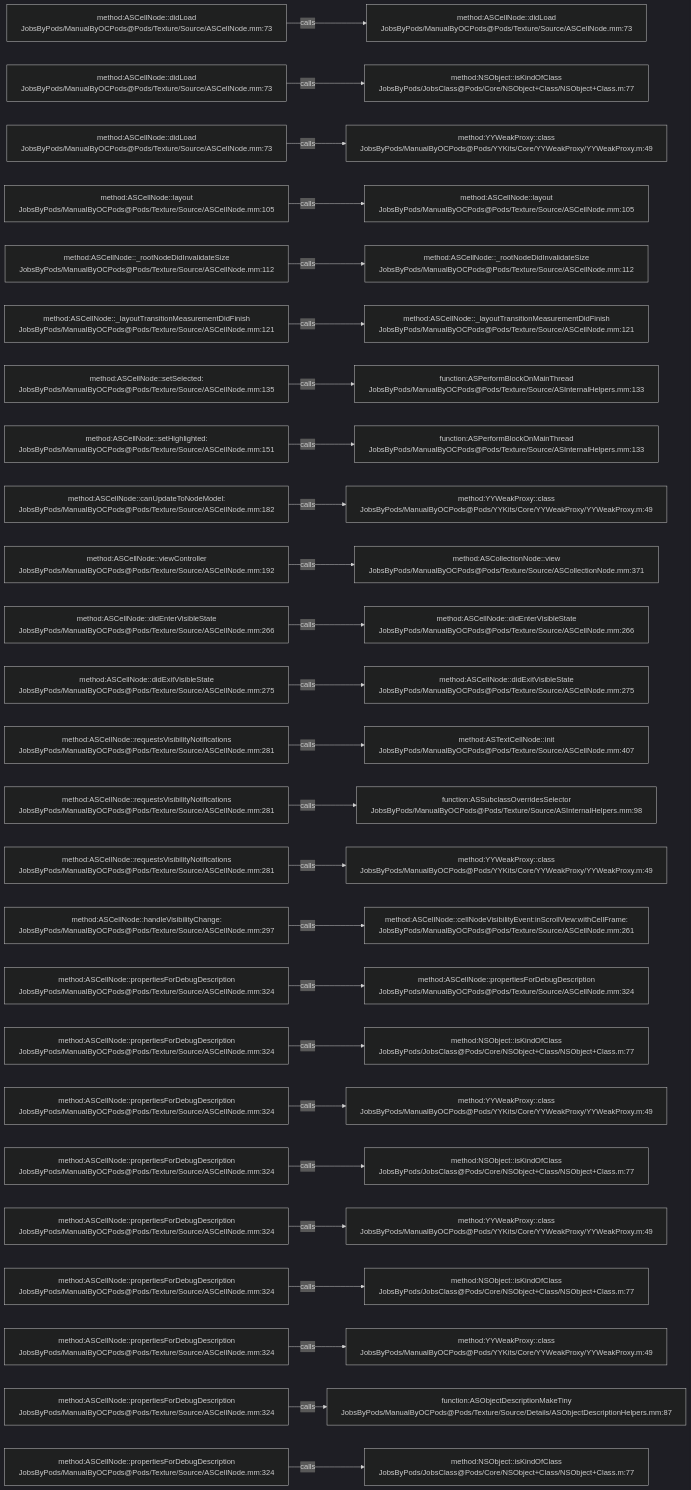
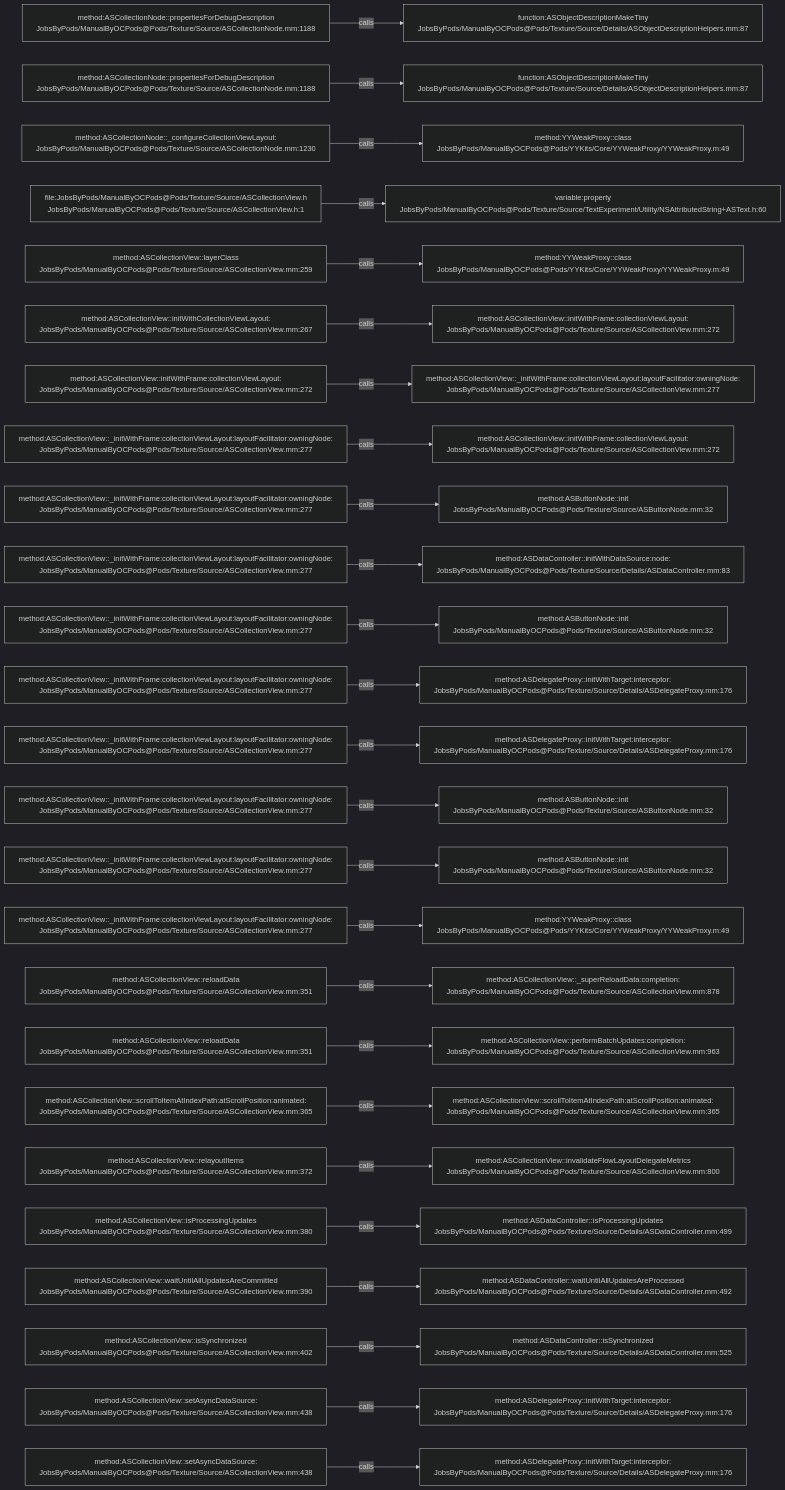
The diagram in .codegraph/codegraph.md/graphs/calls-065.md (JobsKits/JobsOCBaseConfigDemo), drawn with Mermaid (dark theme) before and after one commit. The commit also changed 2723 other files, not shown here.

````diff
--- a/.codegraph/codegraph.md/graphs/calls-065.md
+++ b/.codegraph/codegraph.md/graphs/calls-065.md
@@ -13,78 +13,78 @@
 ```mermaid
 flowchart LR
-  S1["method:ASCellNode::didLoad<br/>JobsByPods/ManualByOCPods@Pods/Texture/Source/ASCellNode.mm:73"]
-  T1["method:ASCellNode::didLoad<br/>JobsByPods/ManualByOCPods@Pods/Texture/Source/ASCellNode.mm:73"]
+  S1["method:ASCollectionNode::propertiesForDebugDescription<br/>JobsByPods/ManualByOCPods@Pods/Texture/Source/ASCollectionNode.mm:1188"]
+  T1["function:ASObjectDescriptionMakeTiny<br/>JobsByPods/ManualByOCPods@Pods/Texture/Source/Details/ASObjectDescriptionHelpers.mm:87"]
   S1 -->|calls| T1
-  S2["method:ASCellNode::didLoad<br/>JobsByPods/ManualByOCPods@Pods/Texture/Source/ASCellNode.mm:73"]
-  T2["method:NSObject::isKindOfClass<br/>JobsByPods/JobsClass@Pods/Core/NSObject+Class/NSObject+Class.m:77"]
+  S2["method:ASCollectionNode::propertiesForDebugDescription<br/>JobsByPods/ManualByOCPods@Pods/Texture/Source/ASCollectionNode.mm:1188"]
+  T2["function:ASObjectDescriptionMakeTiny<br/>JobsByPods/ManualByOCPods@Pods/Texture/Source/Details/ASObjectDescriptionHelpers.mm:87"]
   S2 -->|calls| T2
-  S3["method:ASCellNode::didLoad<br/>JobsByPods/ManualByOCPods@Pods/Texture/Source/ASCellNode.mm:73"]
+  S3["method:ASCollectionNode::_configureCollectionViewLayout:<br/>JobsByPods/ManualByOCPods@Pods/Texture/Source/ASCollectionNode.mm:1230"]
   T3["method:YYWeakProxy::class<br/>JobsByPods/ManualByOCPods@Pods/YYKits/Core/YYWeakProxy/YYWeakProxy.m:49"]
   S3 -->|calls| T3
-  S4["method:ASCellNode::layout<br/>JobsByPods/ManualByOCPods@Pods/Texture/Source/ASCellNode.mm:105"]
-  T4["method:ASCellNode::layout<br/>JobsByPods/ManualByOCPods@Pods/Texture/Source/ASCellNode.mm:105"]
+  S4["file:JobsByPods/ManualByOCPods@Pods/Texture/Source/ASCollectionView.h<br/>JobsByPods/ManualByOCPods@Pods/Texture/Source/ASCollectionView.h:1"]
+  T4["variable:property<br/>JobsByPods/ManualByOCPods@Pods/Texture/Source/TextExperiment/Utility/NSAttributedString+ASText.h:60"]
   S4 -->|calls| T4
-  S5["method:ASCellNode::_rootNodeDidInvalidateSize<br/>JobsByPods/ManualByOCPods@Pods/Texture/Source/ASCellNode.mm:112"]
-  T5["method:ASCellNode::_rootNodeDidInvalidateSize<br/>JobsByPods/ManualByOCPods@Pods/Texture/Source/ASCellNode.mm:112"]
+  S5["method:ASCollectionView::layerClass<br/>JobsByPods/ManualByOCPods@Pods/Texture/Source/ASCollectionView.mm:259"]
+  T5["method:YYWeakProxy::class<br/>JobsByPods/ManualByOCPods@Pods/YYKits/Core/YYWeakProxy/YYWeakProxy.m:49"]
   S5 -->|calls| T5
-  S6["method:ASCellNode::_layoutTransitionMeasurementDidFinish<br/>JobsByPods/ManualByOCPods@Pods/Texture/Source/ASCellNode.mm:121"]
-  T6["method:ASCellNode::_layoutTransitionMeasurementDidFinish<br/>JobsByPods/ManualByOCPods@Pods/Texture/Source/ASCellNode.mm:121"]
+  S6["method:ASCollectionView::initWithCollectionViewLayout:<br/>JobsByPods/ManualByOCPods@Pods/Texture/Source/ASCollectionView.mm:267"]
+  T6["method:ASCollectionView::initWithFrame:collectionViewLayout:<br/>JobsByPods/ManualByOCPods@Pods/Texture/Source/ASCollectionView.mm:272"]
   S6 -->|calls| T6
-  S7["method:ASCellNode::setSelected:<br/>JobsByPods/ManualByOCPods@Pods/Texture/Source/ASCellNode.mm:135"]
-  T7["function:ASPerformBlockOnMainThread<br/>JobsByPods/ManualByOCPods@Pods/Texture/Source/ASInternalHelpers.mm:133"]
+  S7["method:ASCollectionView::initWithFrame:collectionViewLayout:<br/>JobsByPods/ManualByOCPods@Pods/Texture/Source/ASCollectionView.mm:272"]
+  T7["method:ASCollectionView::_initWithFrame:collectionViewLayout:layoutFacilitator:owningNode:<br/>JobsByPods/ManualByOCPods@Pods/Texture/Source/ASCollectionView.mm:277"]
   S7 -->|calls| T7
-  S8["method:ASCellNode::setHighlighted:<br/>JobsByPods/ManualByOCPods@Pods/Texture/Source/ASCellNode.mm:151"]
-  T8["function:ASPerformBlockOnMainThread<br/>JobsByPods/ManualByOCPods@Pods/Texture/Source/ASInternalHelpers.mm:133"]
+  S8["method:ASCollectionView::_initWithFrame:collectionViewLayout:layoutFacilitator:owningNode:<br/>JobsByPods/ManualByOCPods@Pods/Texture/Source/ASCollectionView.mm:277"]
+  T8["method:ASCollectionView::initWithFrame:collectionViewLayout:<br/>JobsByPods/ManualByOCPods@Pods/Texture/Source/ASCollectionView.mm:272"]
   S8 -->|calls| T8
-  S9["method:ASCellNode::canUpdateToNodeModel:<br/>JobsByPods/ManualByOCPods@Pods/Texture/Source/ASCellNode.mm:182"]
-  T9["method:YYWeakProxy::class<br/>JobsByPods/ManualByOCPods@Pods/YYKits/Core/YYWeakProxy/YYWeakProxy.m:49"]
+  S9["method:ASCollectionView::_initWithFrame:collectionViewLayout:layoutFacilitator:owningNode:<br/>JobsByPods/ManualByOCPods@Pods/Texture/Source/ASCollectionView.mm:277"]
+  T9["method:ASButtonNode::init<br/>JobsByPods/ManualByOCPods@Pods/Texture/Source/ASButtonNode.mm:32"]
   S9 -->|calls| T9
-  S10["method:ASCellNode::viewController<br/>JobsByPods/ManualByOCPods@Pods/Texture/Source/ASCellNode.mm:192"]
-  T10["method:ASCollectionNode::view<br/>JobsByPods/ManualByOCPods@Pods/Texture/Source/ASCollectionNode.mm:371"]
+  S10["method:ASCollectionView::_initWithFrame:collectionViewLayout:layoutFacilitator:owningNode:<br/>JobsByPods/ManualByOCPods@Pods/Texture/Source/ASCollectionView.mm:277"]
+  T10["method:ASDataController::initWithDataSource:node:<br/>JobsByPods/ManualByOCPods@Pods/Texture/Source/Details/ASDataController.mm:83"]
   S10 -->|calls| T10
-  S11["method:ASCellNode::didEnterVisibleState<br/>JobsByPods/ManualByOCPods@Pods/Texture/Source/ASCellNode.mm:266"]
-  T11["method:ASCellNode::didEnterVisibleState<br/>JobsByPods/ManualByOCPods@Pods/Texture/Source/ASCellNode.mm:266"]
+  S11["method:ASCollectionView::_initWithFrame:collectionViewLayout:layoutFacilitator:owningNode:<br/>JobsByPods/ManualByOCPods@Pods/Texture/Source/ASCollectionView.mm:277"]
+  T11["method:ASButtonNode::init<br/>JobsByPods/ManualByOCPods@Pods/Texture/Source/ASButtonNode.mm:32"]
   S11 -->|calls| T11
-  S12["method:ASCellNode::didExitVisibleState<br/>JobsByPods/ManualByOCPods@Pods/Texture/Source/ASCellNode.mm:275"]
-  T12["method:ASCellNode::didExitVisibleState<br/>JobsByPods/ManualByOCPods@Pods/Texture/Source/ASCellNode.mm:275"]
+  S12["method:ASCollectionView::_initWithFrame:collectionViewLayout:layoutFacilitator:owningNode:<br/>JobsByPods/ManualByOCPods@Pods/Texture/Source/ASCollectionView.mm:277"]
+  T12["method:ASDelegateProxy::initWithTarget:interceptor:<br/>JobsByPods/ManualByOCPods@Pods/Texture/Source/Details/ASDelegateProxy.mm:176"]
   S12 -->|calls| T12
-  S13["method:ASCellNode::requestsVisibilityNotifications<br/>JobsByPods/ManualByOCPods@Pods/Texture/Source/ASCellNode.mm:281"]
-  T13["method:ASTextCellNode::init<br/>JobsByPods/ManualByOCPods@Pods/Texture/Source/ASCellNode.mm:407"]
+  S13["method:ASCollectionView::_initWithFrame:collectionViewLayout:layoutFacilitator:owningNode:<br/>JobsByPods/ManualByOCPods@Pods/Texture/Source/ASCollectionView.mm:277"]
+  T13["method:ASDelegateProxy::initWithTarget:interceptor:<br/>JobsByPods/ManualByOCPods@Pods/Texture/Source/Details/ASDelegateProxy.mm:176"]
   S13 -->|calls| T13
-  S14["method:ASCellNode::requestsVisibilityNotifications<br/>JobsByPods/ManualByOCPods@Pods/Texture/Source/ASCellNode.mm:281"]
-  T14["function:ASSubclassOverridesSelector<br/>JobsByPods/ManualByOCPods@Pods/Texture/Source/ASInternalHelpers.mm:98"]
+  S14["method:ASCollectionView::_initWithFrame:collectionViewLayout:layoutFacilitator:owningNode:<br/>JobsByPods/ManualByOCPods@Pods/Texture/Source/ASCollectionView.mm:277"]
+  T14["method:ASButtonNode::init<br/>JobsByPods/ManualByOCPods@Pods/Texture/Source/ASButtonNode.mm:32"]
   S14 -->|calls| T14
-  S15["method:ASCellNode::requestsVisibilityNotifications<br/>JobsByPods/ManualByOCPods@Pods/Texture/Source/ASCellNode.mm:281"]
-  T15["method:YYWeakProxy::class<br/>JobsByPods/ManualByOCPods@Pods/YYKits/Core/YYWeakProxy/YYWeakProxy.m:49"]
+  S15["method:ASCollectionView::_initWithFrame:collectionViewLayout:layoutFacilitator:owningNode:<br/>JobsByPods/ManualByOCPods@Pods/Texture/Source/ASCollectionView.mm:277"]
+  T15["method:ASButtonNode::init<br/>JobsByPods/ManualByOCPods@Pods/Texture/Source/ASButtonNode.mm:32"]
   S15 -->|calls| T15
-  S16["method:ASCellNode::handleVisibilityChange:<br/>JobsByPods/ManualByOCPods@Pods/Texture/Source/ASCellNode.mm:297"]
-  T16["method:ASCellNode::cellNodeVisibilityEvent:inScrollView:withCellFrame:<br/>JobsByPods/ManualByOCPods@Pods/Texture/Source/ASCellNode.mm:261"]
+  S16["method:ASCollectionView::_initWithFrame:collectionViewLayout:layoutFacilitator:owningNode:<br/>JobsByPods/ManualByOCPods@Pods/Texture/Source/ASCollectionView.mm:277"]
+  T16["method:YYWeakProxy::class<br/>JobsByPods/ManualByOCPods@Pods/YYKits/Core/YYWeakProxy/YYWeakProxy.m:49"]
   S16 -->|calls| T16
-  S17["method:ASCellNode::propertiesForDebugDescription<br/>JobsByPods/ManualByOCPods@Pods/Texture/Source/ASCellNode.mm:324"]
-  T17["method:ASCellNode::propertiesForDebugDescription<br/>JobsByPods/ManualByOCPods@Pods/Texture/Source/ASCellNode.mm:324"]
+  S17["method:ASCollectionView::reloadData<br/>JobsByPods/ManualByOCPods@Pods/Texture/Source/ASCollectionView.mm:351"]
+  T17["method:ASCollectionView::_superReloadData:completion:<br/>JobsByPods/ManualByOCPods@Pods/Texture/Source/ASCollectionView.mm:878"]
   S17 -->|calls| T17
-  S18["method:ASCellNode::propertiesForDebugDescription<br/>JobsByPods/ManualByOCPods@Pods/Texture/Source/ASCellNode.mm:324"]
-  T18["method:NSObject::isKindOfClass<br/>JobsByPods/JobsClass@Pods/Core/NSObject+Class/NSObject+Class.m:77"]
+  S18["method:ASCollectionView::reloadData<br/>JobsByPods/ManualByOCPods@Pods/Texture/Source/ASCollectionView.mm:351"]
+  T18["method:ASCollectionView::performBatchUpdates:completion:<br/>JobsByPods/ManualByOCPods@Pods/Texture/Source/ASCollectionView.mm:963"]
   S18 -->|calls| T18
-  S19["method:ASCellNode::propertiesForDebugDescription<br/>JobsByPods/ManualByOCPods@Pods/Texture/Source/ASCellNode.mm:324"]
-  T19["method:YYWeakProxy::class<br/>JobsByPods/ManualByOCPods@Pods/YYKits/Core/YYWeakProxy/YYWeakProxy.m:49"]
+  S19["method:ASCollectionView::scrollToItemAtIndexPath:atScrollPosition:animated:<br/>JobsByPods/ManualByOCPods@Pods/Texture/Source/ASCollectionView.mm:365"]
+  T19["method:ASCollectionView::scrollToItemAtIndexPath:atScrollPosition:animated:<br/>JobsByPods/ManualByOCPods@Pods/Texture/Source/ASCollectionView.mm:365"]
   S19 -->|calls| T19
-  S20["method:ASCellNode::propertiesForDebugDescription<br/>JobsByPods/ManualByOCPods@Pods/Texture/Source/ASCellNode.mm:324"]
-  T20["method:NSObject::isKindOfClass<br/>JobsByPods/JobsClass@Pods/Core/NSObject+Class/NSObject+Class.m:77"]
+  S20["method:ASCollectionView::relayoutItems<br/>JobsByPods/ManualByOCPods@Pods/Texture/Source/ASCollectionView.mm:372"]
+  T20["method:ASCollectionView::invalidateFlowLayoutDelegateMetrics<br/>JobsByPods/ManualByOCPods@Pods/Texture/Source/ASCollectionView.mm:800"]
   S20 -->|calls| T20
-  S21["method:ASCellNode::propertiesForDebugDescription<br/>JobsByPods/ManualByOCPods@Pods/Texture/Source/ASCellNode.mm:324"]
-  T21["method:YYWeakProxy::class<br/>JobsByPods/ManualByOCPods@Pods/YYKits/Core/YYWeakProxy/YYWeakProxy.m:49"]
+  S21["method:ASCollectionView::isProcessingUpdates<br/>JobsByPods/ManualByOCPods@Pods/Texture/Source/ASCollectionView.mm:380"]
+  T21["method:ASDataController::isProcessingUpdates<br/>JobsByPods/ManualByOCPods@Pods/Texture/Source/Details/ASDataController.mm:499"]
   S21 -->|calls| T21
-  S22["method:ASCellNode::propertiesForDebugDescription<br/>JobsByPods/ManualByOCPods@Pods/Texture/Source/ASCellNode.mm:324"]
-  T22["method:NSObject::isKindOfClass<br/>JobsByPods/JobsClass@Pods/Core/NSObject+Class/NSObject+Class.m:77"]
+  S22["method:ASCollectionView::waitUntilAllUpdatesAreCommitted<br/>JobsByPods/ManualByOCPods@Pods/Texture/Source/ASCollectionView.mm:390"]
+  T22["method:ASDataController::waitUntilAllUpdatesAreProcessed<br/>JobsByPods/ManualByOCPods@Pods/Texture/Source/Details/ASDataController.mm:492"]
   S22 -->|calls| T22
-  S23["method:ASCellNode::propertiesForDebugDescription<br/>JobsByPods/ManualByOCPods@Pods/Texture/Source/ASCellNode.mm:324"]
-  T23["method:YYWeakProxy::class<br/>JobsByPods/ManualByOCPods@Pods/YYKits/Core/YYWeakProxy/YYWeakProxy.m:49"]
+  S23["method:ASCollectionView::isSynchronized<br/>JobsByPods/ManualByOCPods@Pods/Texture/Source/ASCollectionView.mm:402"]
+  T23["method:ASDataController::isSynchronized<br/>JobsByPods/ManualByOCPods@Pods/Texture/Source/Details/ASDataController.mm:525"]
   S23 -->|calls| T23
-  S24["method:ASCellNode::propertiesForDebugDescription<br/>JobsByPods/ManualByOCPods@Pods/Texture/Source/ASCellNode.mm:324"]
-  T24["function:ASObjectDescriptionMakeTiny<br/>JobsByPods/ManualByOCPods@Pods/Texture/Source/Details/ASObjectDescriptionHelpers.mm:87"]
+  S24["method:ASCollectionView::setAsyncDataSource:<br/>JobsByPods/ManualByOCPods@Pods/Texture/Source/ASCollectionView.mm:438"]
+  T24["method:ASDelegateProxy::initWithTarget:interceptor:<br/>JobsByPods/ManualByOCPods@Pods/Texture/Source/Details/ASDelegateProxy.mm:176"]
   S24 -->|calls| T24
-  S25["method:ASCellNode::propertiesForDebugDescription<br/>JobsByPods/ManualByOCPods@Pods/Texture/Source/ASCellNode.mm:324"]
-  T25["method:NSObject::isKindOfClass<br/>JobsByPods/JobsClass@Pods/Core/NSObject+Class/NSObject+Class.m:77"]
+  S25["method:ASCollectionView::setAsyncDataSource:<br/>JobsByPods/ManualByOCPods@Pods/Texture/Source/ASCollectionView.mm:438"]
+  T25["method:ASDelegateProxy::initWithTarget:interceptor:<br/>JobsByPods/ManualByOCPods@Pods/Texture/Source/Details/ASDelegateProxy.mm:176"]
   S25 -->|calls| T25
 ```
````
